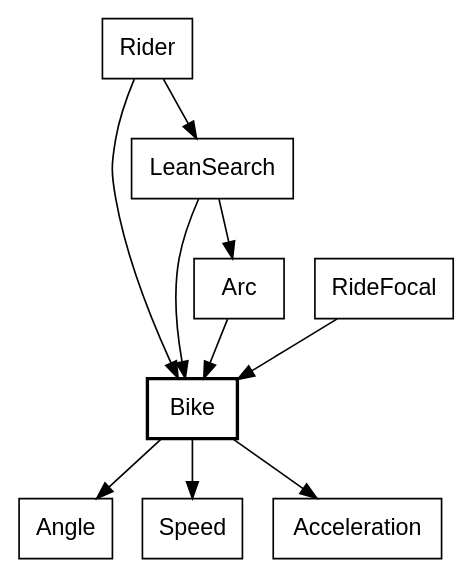
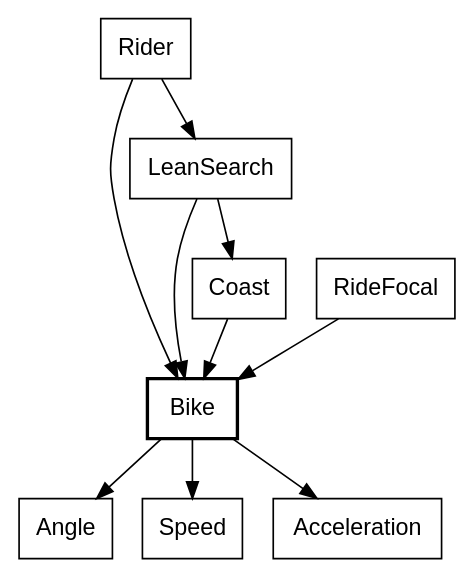
One commit to showell/roc-apps changed diagram 14 of 19 in canvas_apps/safari/tutorial/tutorial.md. Above: the diagram before and after it, drawn with Graphviz. The commit also changed other lines of this file and 4 other files, not shown here.

First line of the commit message:
safari: Arc becomes Coast

````diff
--- a/canvas_apps/safari/tutorial/tutorial.md
+++ b/canvas_apps/safari/tutorial/tutorial.md
@@ -919,15 +919,15 @@
 ```dot
 digraph bike {
   node [shape=box, fontname="Helvetica"];
   Bike [style=bold];
   Rider -> Bike;
   Rider -> LeanSearch;
-  Arc -> Bike;
+  Coast -> Bike;
   LeanSearch -> Bike;
-  LeanSearch -> Arc;
+  LeanSearch -> Coast;
   RideFocal -> Bike;
   Bike -> Angle;
   Bike -> Speed;
   Bike -> Acceleration;
 }
 ```
````
